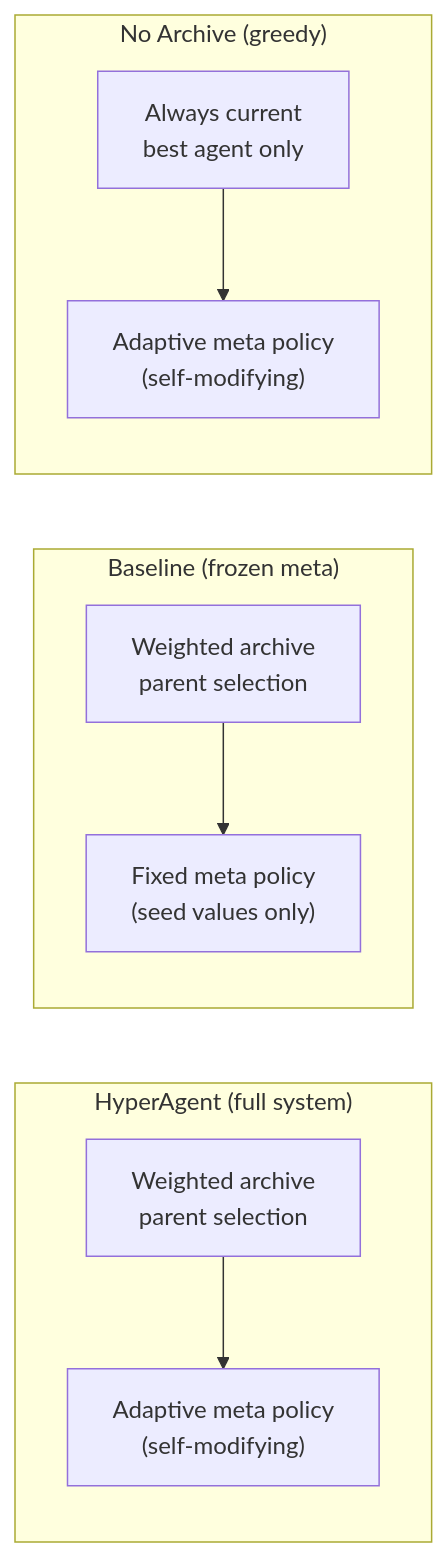
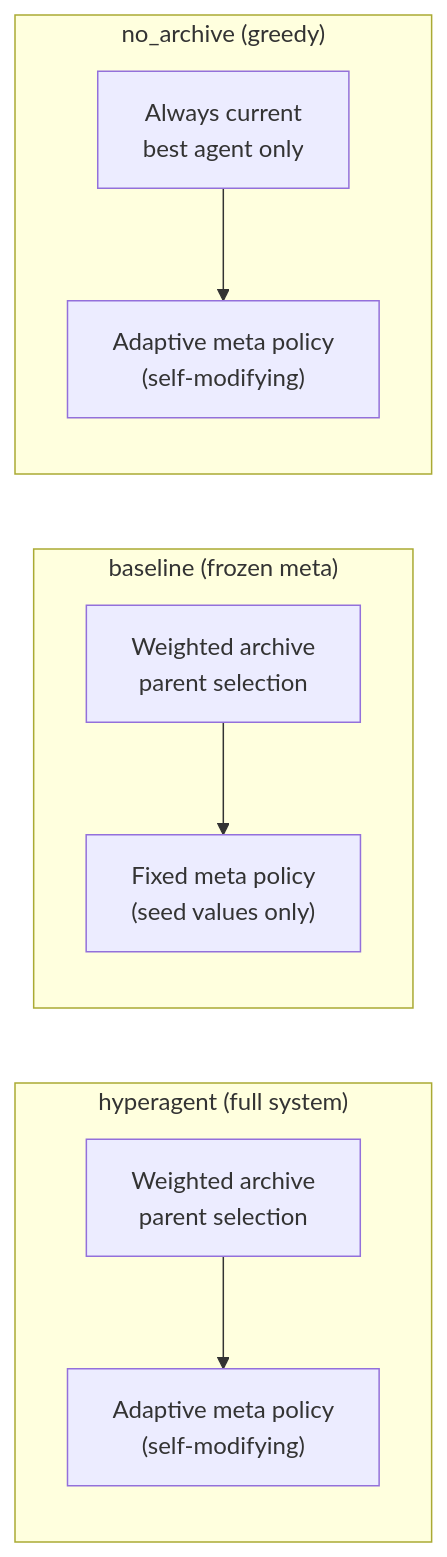
One commit to AISmithy/metacognitive-self-improvement changed the fifth of 6 diagrams in docs/architecture.md. Above: the diagram before and after it, drawn with Mermaid. The commit also changed other lines of this file and 4 other files, not shown here.

````diff
--- a/docs/architecture.md
+++ b/docs/architecture.md
@@ -141,23 +201,23 @@
 ```mermaid
 graph LR
-  subgraph HA ["HyperAgent  (full system)"]
+  subgraph HA ["hyperagent  (full system)"]
     direction TB
     HA1["Weighted archive\nparent selection"]
     HA2["Adaptive meta policy\n(self-modifying)"]
     HA1 --> HA2
   end
 
-  subgraph BL ["Baseline  (frozen meta)"]
+  subgraph BL ["baseline  (frozen meta)"]
     direction TB
     BL1["Weighted archive\nparent selection"]
     BL2["Fixed meta policy\n(seed values only)"]
     BL1 --> BL2
   end
 
-  subgraph NA ["No Archive  (greedy)"]
+  subgraph NA ["no_archive  (greedy)"]
     direction TB
     NA1["Always current\nbest agent only"]
     NA2["Adaptive meta policy\n(self-modifying)"]
     NA1 --> NA2
   end
 ```
````
